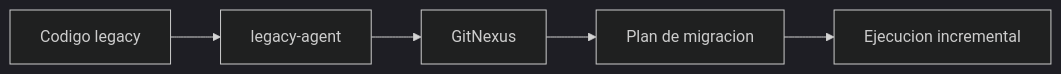
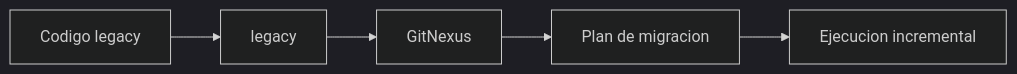
One commit to Sertxito/mcp-efficiency-engine changed the diagram in examples/use-cases/legacy-migration.md. Above: the diagram before and after it, drawn with Mermaid (dark theme). The commit also changed other lines of this file and 51 other files, not shown here.

````diff
--- a/examples/use-cases/legacy-migration.md
+++ b/examples/use-cases/legacy-migration.md
@@ -26,7 +26,7 @@
 ```mermaid
 flowchart LR
-  LEG[Codigo legacy] --> LAG[legacy-agent]
+  LEG[Codigo legacy] --> LAG[legacy]
   LAG --> GN[GitNexus]
   GN --> PLAN[Plan de migracion]
   PLAN --> EXEC[Ejecucion incremental]
 ```
````
